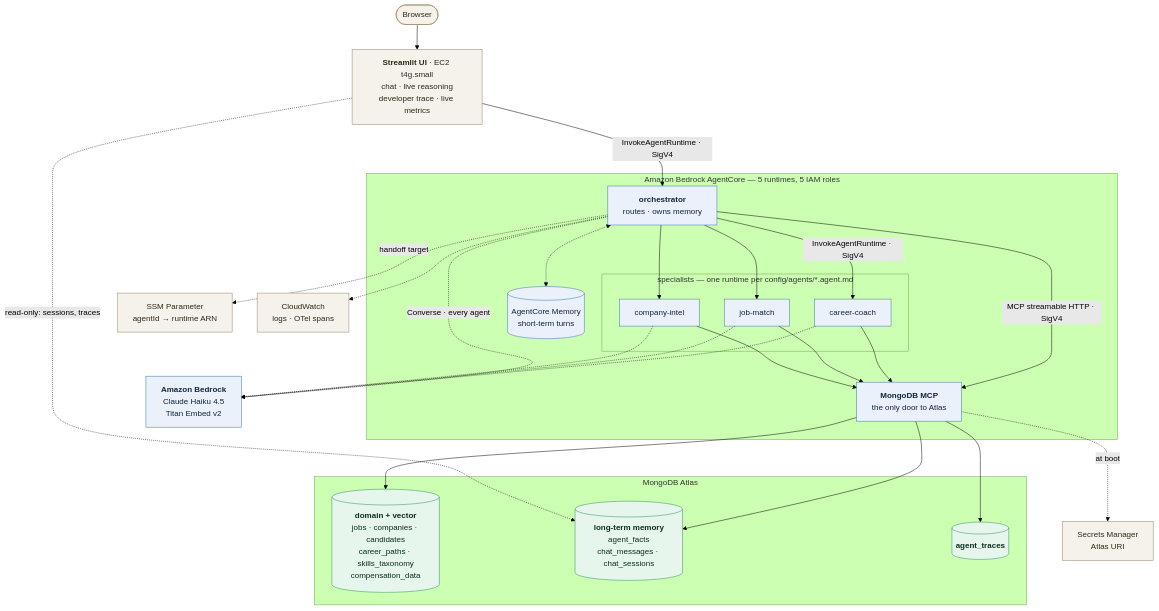
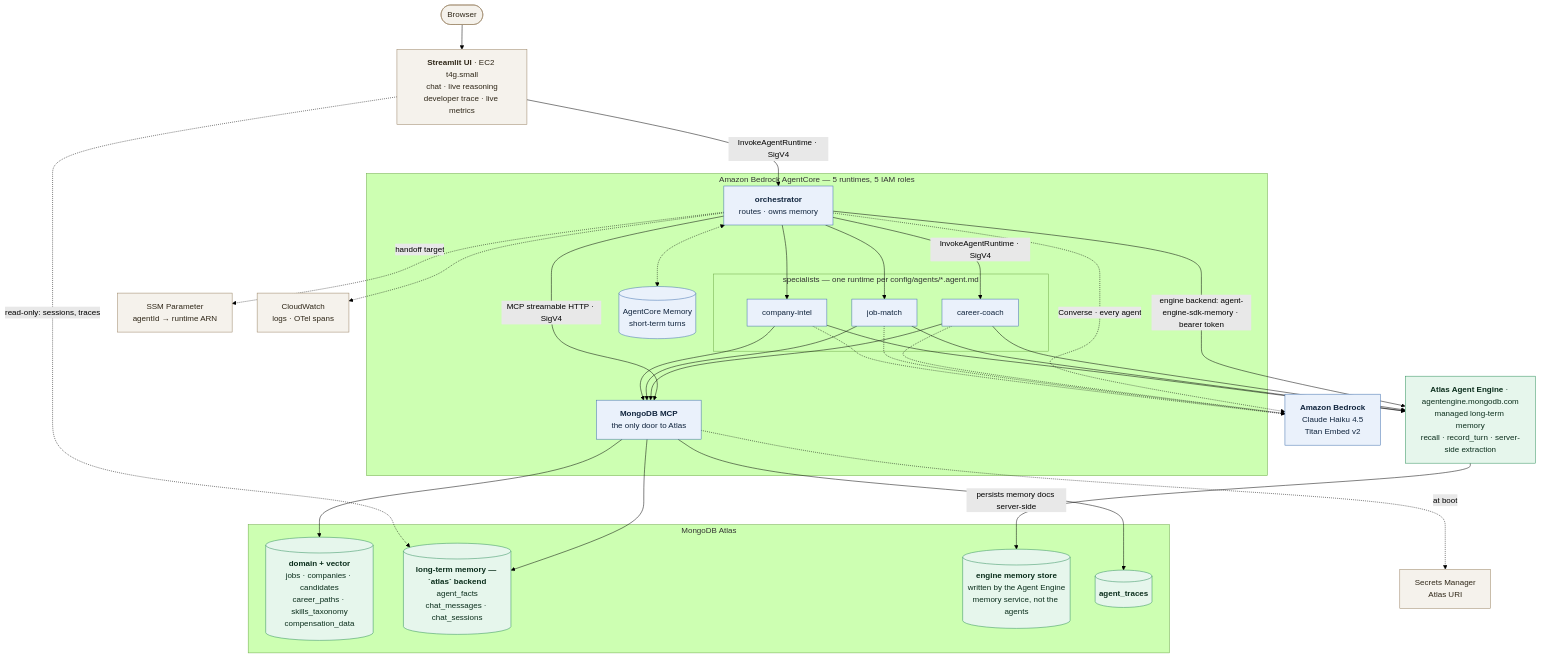
The diagram in README.md (mongodb-partners/config-driven-agents-agentcore-atlas), drawn with Mermaid (forest theme) before and after one commit. The commit also changed other lines of this file, not shown here.

Commit message:
PENGINT-218 Updated the architecture diagram

````diff
--- a/README.md
+++ b/README.md
@@ -10,62 +10,71 @@
 ```mermaid
 flowchart TB
     browser(["Browser"])
     ui["<b>Streamlit UI</b> · EC2 t4g.small<br/>chat · live reasoning<br/>developer trace · live metrics"]
 
     subgraph ac["Amazon Bedrock AgentCore — 5 runtimes, 5 IAM roles"]
         orch["<b>orchestrator</b><br/>routes · owns memory"]
 
         subgraph spec["specialists — one runtime per config/agents/*.agent.md"]
             cc["career-coach"]
             jm["job-match"]
             ci["company-intel"]
         end
 
         mcpr["<b>MongoDB MCP</b><br/>the only door to Atlas"]
         acm[("AgentCore Memory<br/>short-term turns")]
     end
 
+    aae["<b>Atlas Agent Engine</b> · agentengine.mongodb.com<br/>managed long-term memory<br/>recall · record_turn · server-side extraction"]
+
     subgraph atlas["MongoDB Atlas"]
         dom[("<b>domain + vector</b><br/>jobs · companies · candidates<br/>career_paths · skills_taxonomy<br/>compensation_data")]
-        ltm[("<b>long-term memory</b><br/>agent_facts<br/>chat_messages · chat_sessions")]
+        ltm[("<b>long-term memory — `atlas` backend</b><br/>agent_facts<br/>chat_messages · chat_sessions")]
+        memdb[("<b>engine memory store</b><br/>written by the Agent Engine<br/>memory service, not the agents")]
         trc[("<b>agent_traces</b>")]
     end
 
     models["<b>Amazon Bedrock</b><br/>Claude Haiku 4.5<br/>Titan Embed v2"]
     ssm["SSM Parameter<br/>agentId → runtime ARN"]
     sec["Secrets Manager<br/>Atlas URI"]
     cw["CloudWatch<br/>logs · OTel spans"]
 
     browser --> ui
     ui -->|"InvokeAgentRuntime · SigV4"| orch
 
     orch -->|"InvokeAgentRuntime · SigV4"| cc
     orch --> jm
     orch --> ci
 
     orch -->|"MCP streamable HTTP · SigV4"| mcpr
     cc --> mcpr
     jm --> mcpr
     ci --> mcpr
 
     mcpr --> dom
     mcpr --> ltm
     mcpr --> trc
 
+    orch -->|"engine backend: agent-engine-sdk-memory · bearer token"| aae
+    cc --> aae
+    jm --> aae
+    ci --> aae
+    aae -->|"persists memory docs server-side"| memdb
+
     orch <-.-> acm
     orch -.->|"handoff target"| ssm
     orch -.->|"Converse · every agent"| models
     cc -.-> models
     jm -.-> models
     ci -.-> models
     mcpr -.->|"at boot"| sec
     orch -.-> cw
     ui -.->|"read-only: sessions, traces"| ltm
 
     classDef aws fill:#eaf1fb,stroke:#3f6fae,stroke-width:1px,color:#10243d
     classDef mdb fill:#e6f6ec,stroke:#2f8f5b,stroke-width:1px,color:#0b2e1c
     classDef side fill:#f5f2ec,stroke:#9a8465,stroke-width:1px,color:#2f2718
     class orch,cc,jm,ci,mcpr,acm,models aws
-    class dom,ltm,trc mdb
+    class dom,ltm,memdb,trc,aae mdb
     class ui,ssm,sec,cw,browser side
 ```
````
